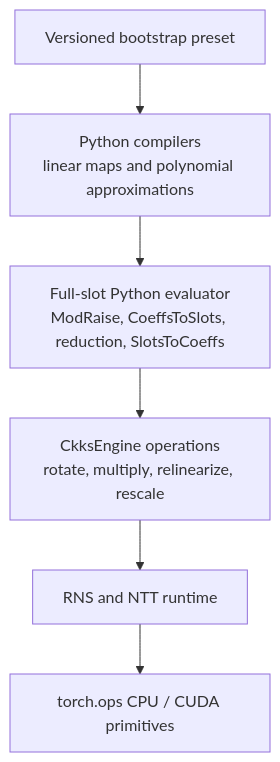
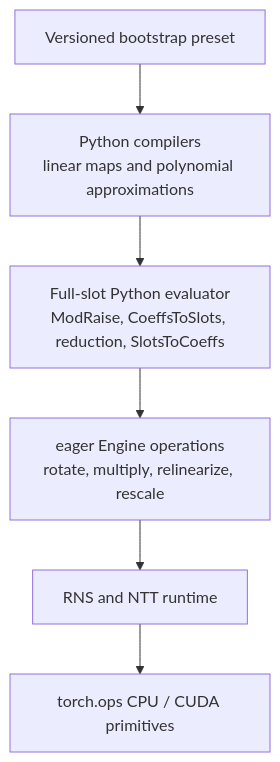
Before and after one commit to visualDust/fhelium: the diagram in docs/developer/composable-ckks-bootstrap.md, drawn with Mermaid. The commit also changed other lines of this file and 612 other files, not shown here.

Commit message:
Introduce several architecture changes and support Windows native build

````diff
--- a/docs/developer/composable-ckks-bootstrap.md
+++ b/docs/developer/composable-ckks-bootstrap.md
@@ -8,11 +8,11 @@
 ```mermaid
 flowchart TB
     FACTORY[Versioned bootstrap preset]
     COMPILE[Python compilers<br/>linear maps and polynomial approximations]
     STAGES[Full-slot Python evaluator<br/>ModRaise, CoeffsToSlots, reduction, SlotsToCoeffs]
-    ENGINE[CkksEngine operations<br/>rotate, multiply, relinearize, rescale]
+    ENGINE[eager Engine operations<br/>rotate, multiply, relinearize, rescale]
     RUNTIME[RNS and NTT runtime]
     OPS[torch.ops CPU / CUDA primitives]
 
     FACTORY --> COMPILE --> STAGES --> ENGINE --> RUNTIME --> OPS
 ```
````
